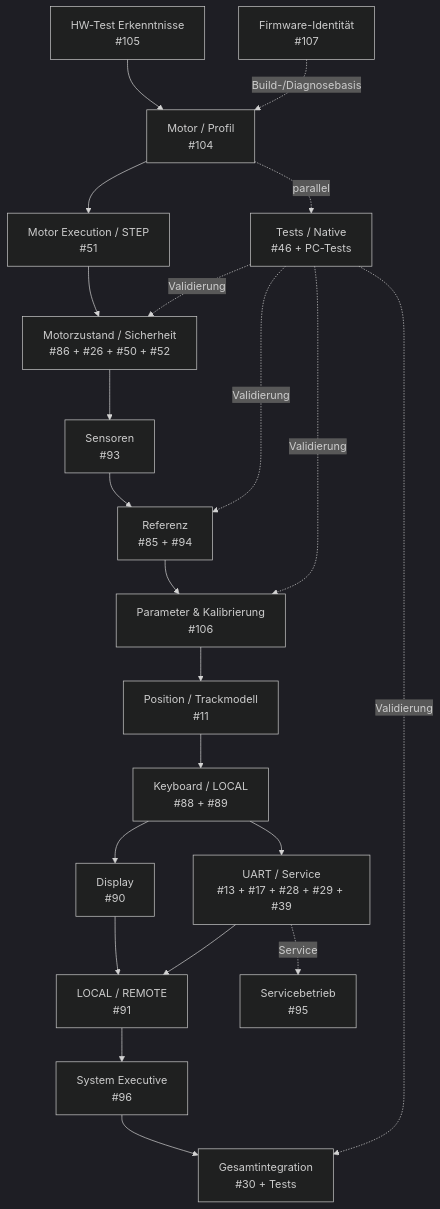
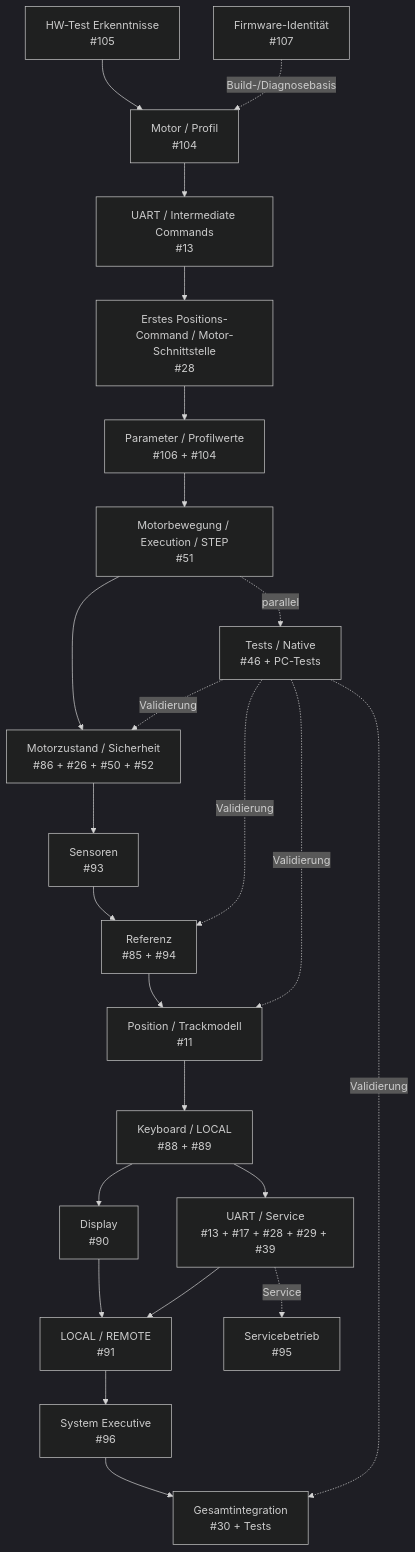
Before and after one commit to ErikaB-sys/Fiddle_yard_UVB: the diagram in Documents/FY_Productivsoftware_Roadmap.md, drawn with Mermaid (dark theme). The commit also changed other lines of this file, not shown here.

Commit message:
docs: Update productive software roadmap for motor integration sequence

````diff
--- a/Documents/FY_Productivsoftware_Roadmap.md
+++ b/Documents/FY_Productivsoftware_Roadmap.md
@@ -5,24 +5,29 @@
 ```mermaid
 flowchart TD
     A["HW-Test Erkenntnisse<br/>#105"] --> B["Motor / Profil<br/>#104"]
     V["Firmware-Identität<br/>#107"] -. Build-/Diagnosebasis .-> B
-    B --> C["Motor Execution / STEP<br/>#51"]
-    B -. parallel .-> T["Tests / Native<br/>#46 + PC-Tests"]
-    C --> D["Motorzustand / Sicherheit<br/>#86 + #26 + #50 + #52"]
-    D --> E["Sensoren<br/>#93"]
-    E --> F["Referenz<br/>#85 + #94"]
-    F --> G["Parameter & Kalibrierung<br/>#106"]
-    G --> H["Position / Trackmodell<br/>#11"]
-    H --> I["Keyboard / LOCAL<br/>#88 + #89"]
-    I --> J["Display<br/>#90"]
-    I --> K["UART / Service<br/>#13 + #17 + #28 + #29 + #39"]
-    J --> L["LOCAL / REMOTE<br/>#91"]
-    K --> L
-    K -. Service .-> S["Servicebetrieb<br/>#95"]
-    L --> M["System Executive<br/>#96"]
-    M --> N["Gesamtintegration<br/>#30 + Tests"]
-    T -. Validierung .-> D
-    T -. Validierung .-> F
+
+    B --> C["UART / Intermediate Commands<br/>#13"]
+    C --> D["Erstes Positions-Command / Motor-Schnittstelle<br/>#28"]
+    D --> E["Parameter / Profilwerte<br/>#106 + #104"]
+    E --> F["Motorbewegung / Execution / STEP<br/>#51"]
+
+    F -. parallel .-> T["Tests / Native<br/>#46 + PC-Tests"]
+    F --> G["Motorzustand / Sicherheit<br/>#86 + #26 + #50 + #52"]
+    G --> H["Sensoren<br/>#93"]
+    H --> I["Referenz<br/>#85 + #94"]
+    I --> J["Position / Trackmodell<br/>#11"]
+    J --> K["Keyboard / LOCAL<br/>#88 + #89"]
+    K --> L["Display<br/>#90"]
+    K --> M["UART / Service<br/>#13 + #17 + #28 + #29 + #39"]
+    L --> N["LOCAL / REMOTE<br/>#91"]
+    M --> N
+    M -. Service .-> S["Servicebetrieb<br/>#95"]
+    N --> O["System Executive<br/>#96"]
+    O --> P["Gesamtintegration<br/>#30 + Tests"]
+
     T -. Validierung .-> G
-    T -. Validierung .-> N
+    T -. Validierung .-> I
+    T -. Validierung .-> J
+    T -. Validierung .-> P
 ```
````
